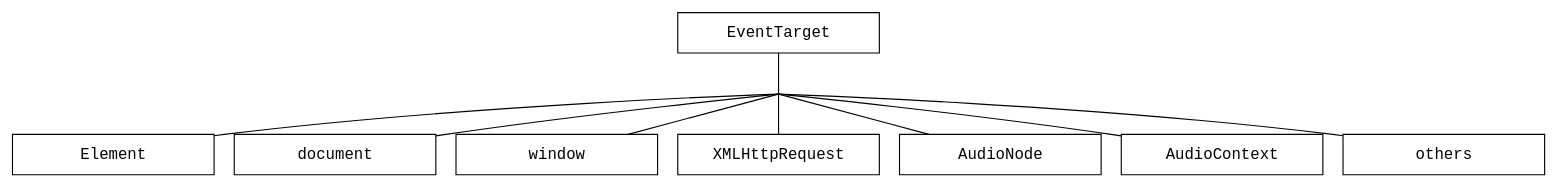
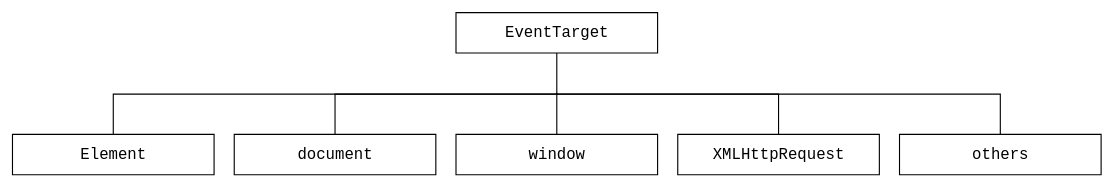
The diagram in w3c/dom-event/assets/event-target-hierarchy.dot (ifpb/javascript-guide), drawn with Graphviz before and after one commit. The commit also changed 7 other files, not shown here.

```diff
--- a/w3c/dom-event/assets/event-target-hierarchy.dot
+++ b/w3c/dom-event/assets/event-target-hierarchy.dot
@@ -1,10 +1,10 @@
 digraph hierarchy {
-  graph [rankdir=TB,concentrate=true] // nodesep=0.2
+  graph [rankdir=TB,splines=ortho,concentrate=true] // nodesep=0.2
   node [fontname=Courier,shape=box,width=2.5]
   edge [dir=none]
 
   EventTargetpoint [shape=point,width=0.01,height=0.01]
 
   EventTarget->EventTargetpoint
-  EventTargetpoint->{Element, document, window, XMLHttpRequest, AudioNode, AudioContext, others}
+  EventTargetpoint->{Element, document, window, XMLHttpRequest, others}
 }
```
